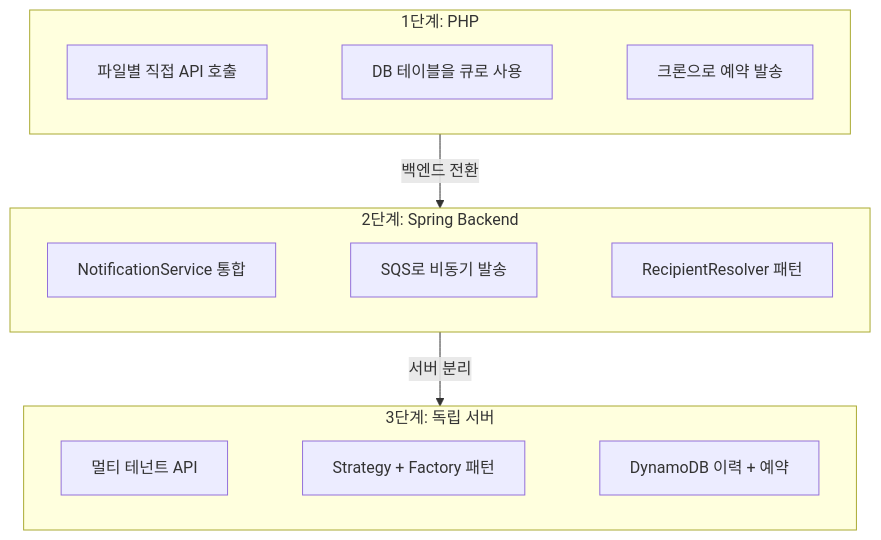
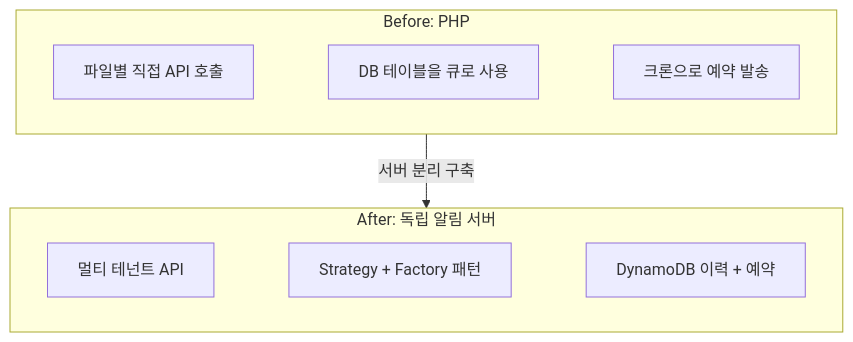
The fifth of 5 diagrams in content/posts/multi-channel-notification-server.md (devy1540/devy1540.github.io), drawn with Mermaid before and after one commit. The commit also changed other lines of this file and 5 other files, not shown here.

````diff
--- a/content/posts/multi-channel-notification-server.md
+++ b/content/posts/multi-channel-notification-server.md
@@ -294,20 +356,14 @@
 ```mermaid
 flowchart TB
-    subgraph v1["1단계: PHP"]
+    subgraph v1["Before: PHP"]
         direction LR
         A1["파일별 직접 API 호출"] ~~~ A2["DB 테이블을 큐로 사용"] ~~~ A3["크론으로 예약 발송"]
     end
 
-    subgraph v2["2단계: Spring Backend"]
-        direction LR
-        B1["NotificationService 통합"] ~~~ B2["SQS로 비동기 발송"] ~~~ B3["RecipientResolver 패턴"]
-    end
-
-    subgraph v3["3단계: 독립 서버"]
+    subgraph v2["After: 독립 알림 서버"]
         direction LR
         C1["멀티 테넌트 API"] ~~~ C2["Strategy + Factory 패턴"] ~~~ C3["DynamoDB 이력 + 예약"]
     end
 
-    v1 -->|"백엔드 전환"| v2
-    v2 -->|"서버 분리"| v3
+    v1 -->|"서버 분리 구축"| v2
 ```
````
